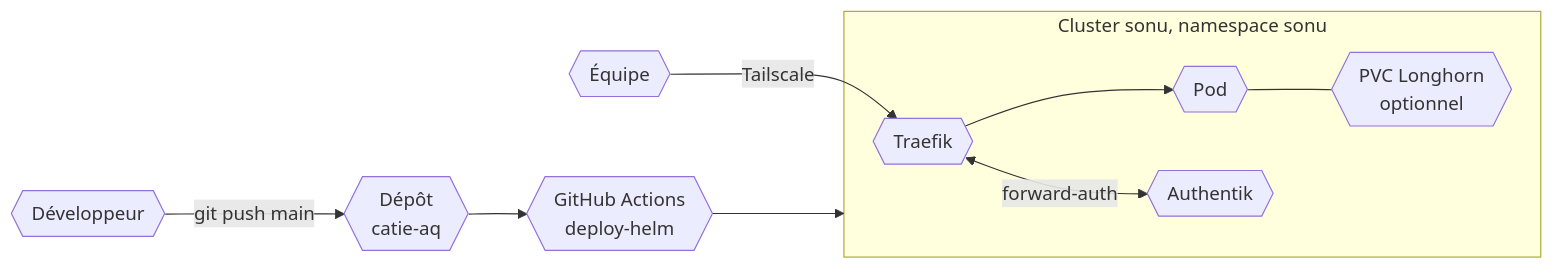
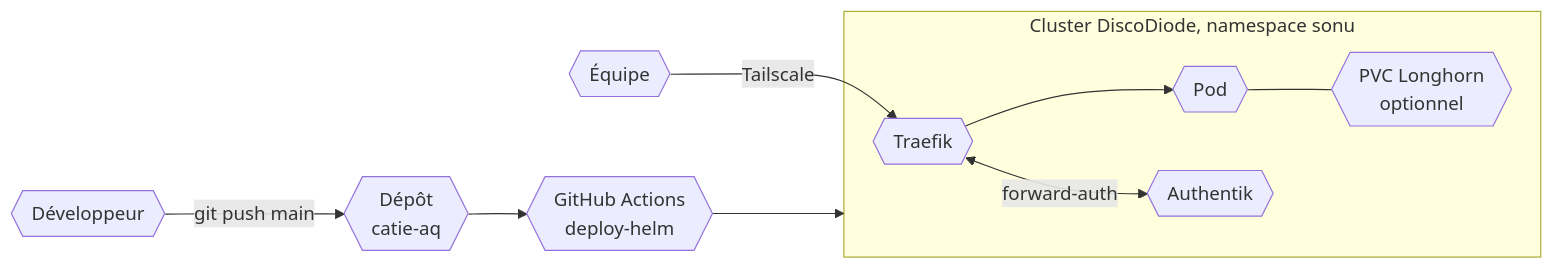
The diagram in docs/projects/professionnel/outils-internes.md (sedelpeuch/sedelpeuch.github.io), drawn with Mermaid before and after one commit. The commit also changed other lines of this file and 41 other files, not shown here.

First line of the commit message:
Ajoute la page Roadmap et ses pages année, retire les roadmaps du blog, renomme le cluster SONU en DiscoDiode

````diff
--- a/docs/projects/professionnel/outils-internes.md
+++ b/docs/projects/professionnel/outils-internes.md
@@ -60,14 +60,14 @@
 ```mermaid
 flowchart LR
     dev{{Développeur}} -->|git push main| repo{{Dépôt\ncatie-aq}}
     repo --> gha{{GitHub Actions\ndeploy-helm}}
     gha --> cluster
 
-    subgraph cluster["Cluster sonu, namespace sonu"]
+    subgraph cluster["Cluster DiscoDiode, namespace sonu"]
         traefik{{Traefik}} --> pod{{Pod}}
         traefik <-->|forward-auth| authentik{{Authentik}}
         pod --- pvc{{PVC Longhorn\noptionnel}}
     end
 
     team{{Équipe}} -->|Tailscale| traefik
 ```
````
